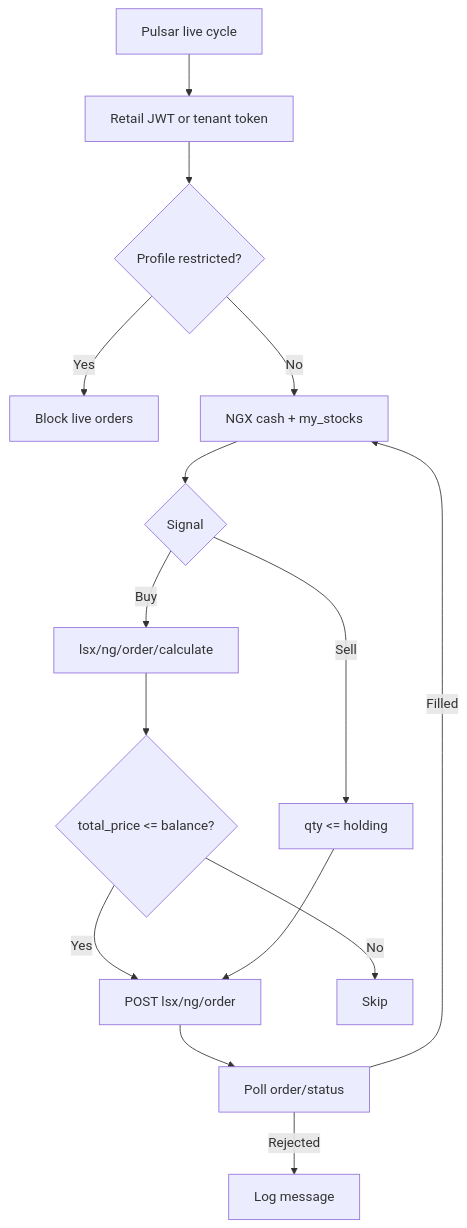
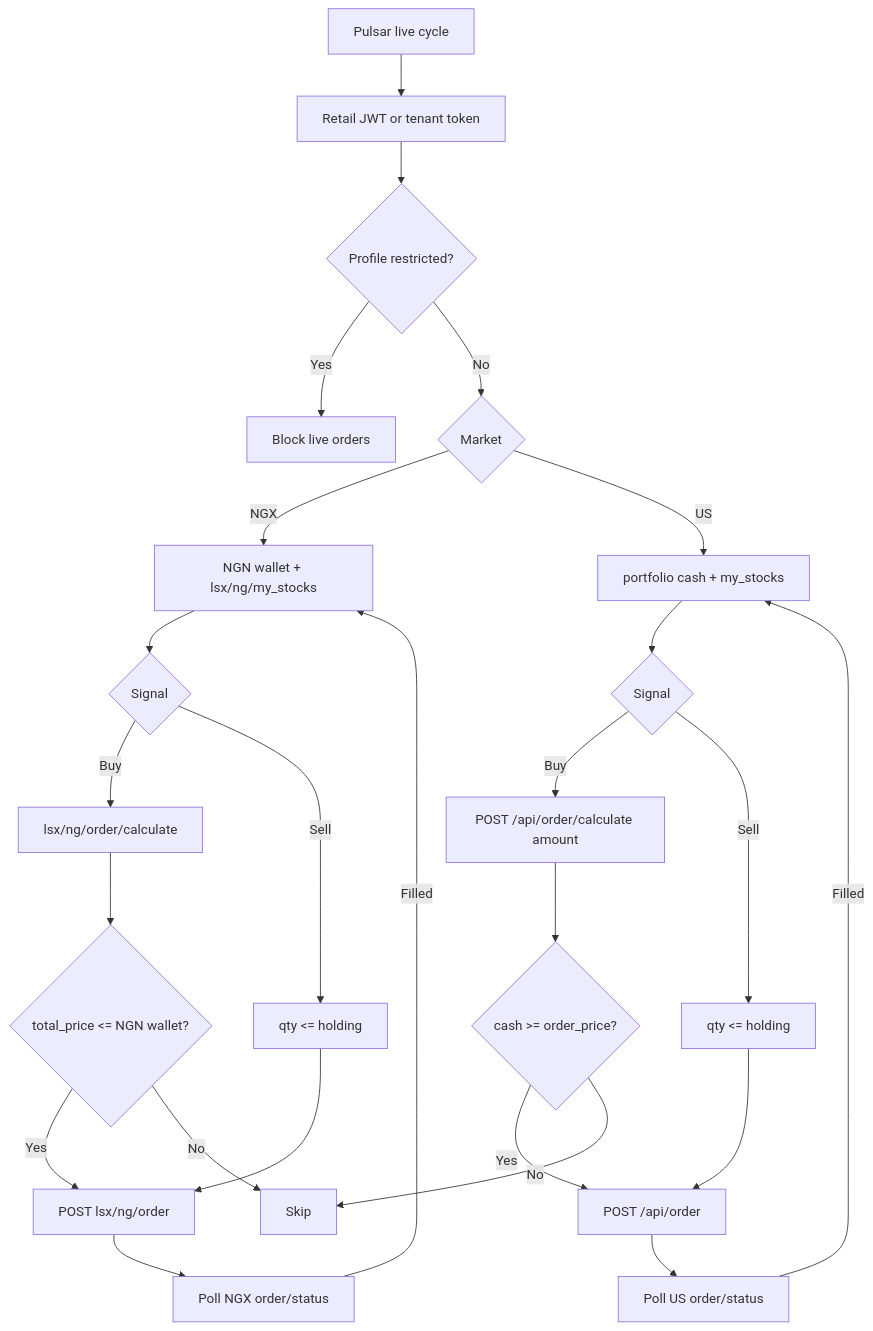
One commit to zheeno/pulsar-ai changed the diagram in bamboo-api-trading-bot-reference.md. Above: the diagram before and after it, drawn with Mermaid. The commit also changed other lines of this file and 22 other files, not shown here.

````diff
--- a/bamboo-api-trading-bot-reference.md
+++ b/bamboo-api-trading-bot-reference.md
@@ -588,17 +761,27 @@
 ```mermaid
 flowchart TD
     A[Pulsar live cycle] --> B[Retail JWT or tenant token]
     B --> C{Profile restricted?}
     C -->|Yes| D[Block live orders]
-    C -->|No| E[NGX cash + my_stocks]
-    E --> F{Signal}
-    F -->|Buy| G[lsx/ng/order/calculate]
-    G --> H{total_price <= balance?}
-    H -->|Yes| I[POST lsx/ng/order]
-    H -->|No| J[Skip]
-    F -->|Sell| K[qty <= holding]
-    K --> I
-    I --> L[Poll order/status]
-    L -->|Filled| E
-    L -->|Rejected| M[Log message]
+    C -->|No| E{Market}
+    E -->|NGX| F[NGN wallet + lsx/ng/my_stocks]
+    E -->|US| U[portfolio cash + my_stocks]
+    F --> G{Signal}
+    G -->|Buy| H[lsx/ng/order/calculate]
+    H --> I{total_price <= NGN wallet?}
+    I -->|Yes| J[POST lsx/ng/order]
+    I -->|No| K[Skip]
+    G -->|Sell| L[qty <= holding]
+    L --> J
+    U --> V{Signal}
+    V -->|Buy| W[POST /api/order/calculate amount]
+    W --> X{cash >= order_price?}
+    X -->|Yes| Y[POST /api/order]
+    X -->|No| K
+    V -->|Sell| Z[qty <= holding]
+    Z --> Y
+    J --> P[Poll NGX order/status]
+    Y --> Q[Poll US order/status]
+    P -->|Filled| F
+    Q -->|Filled| U
 ```
````
